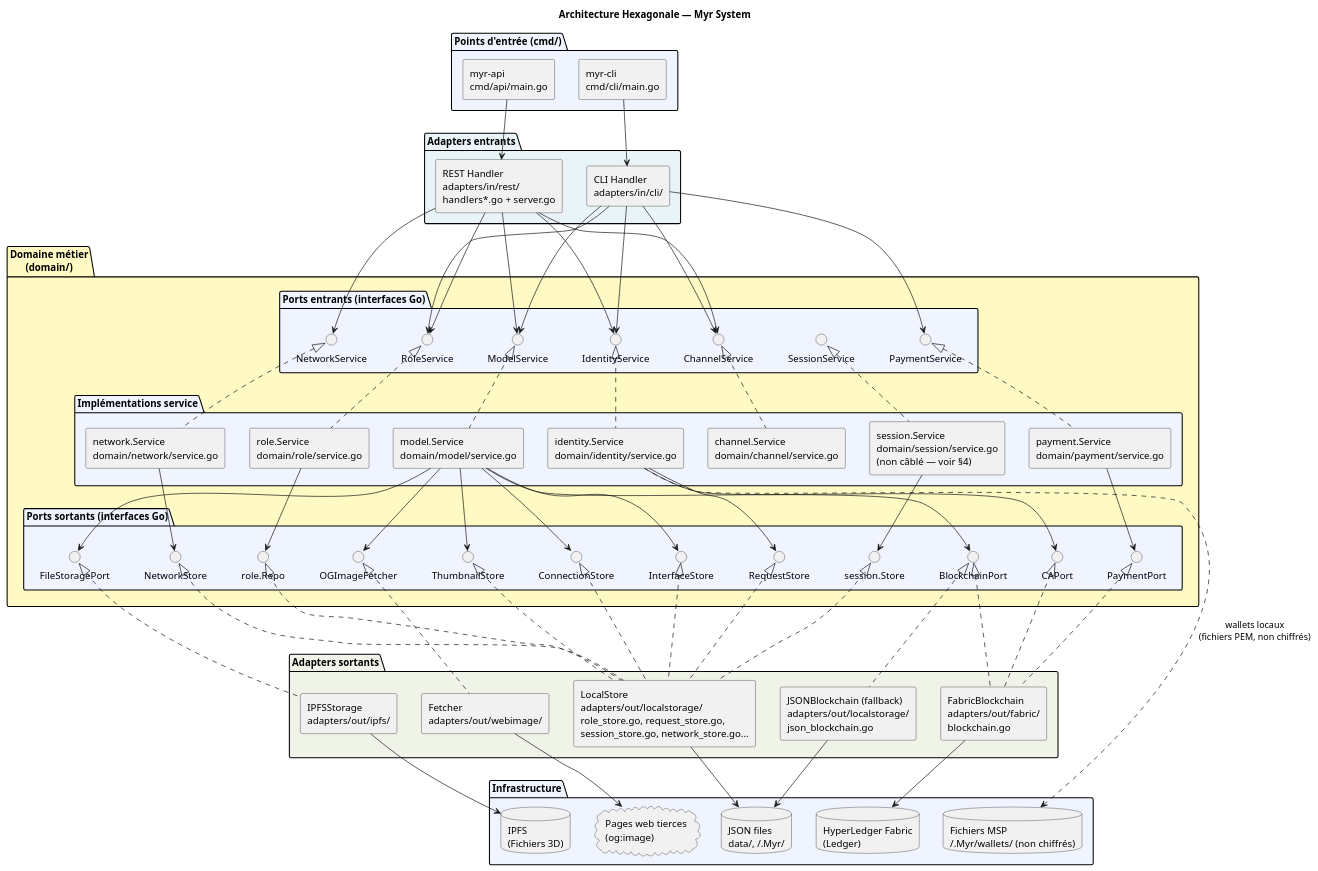
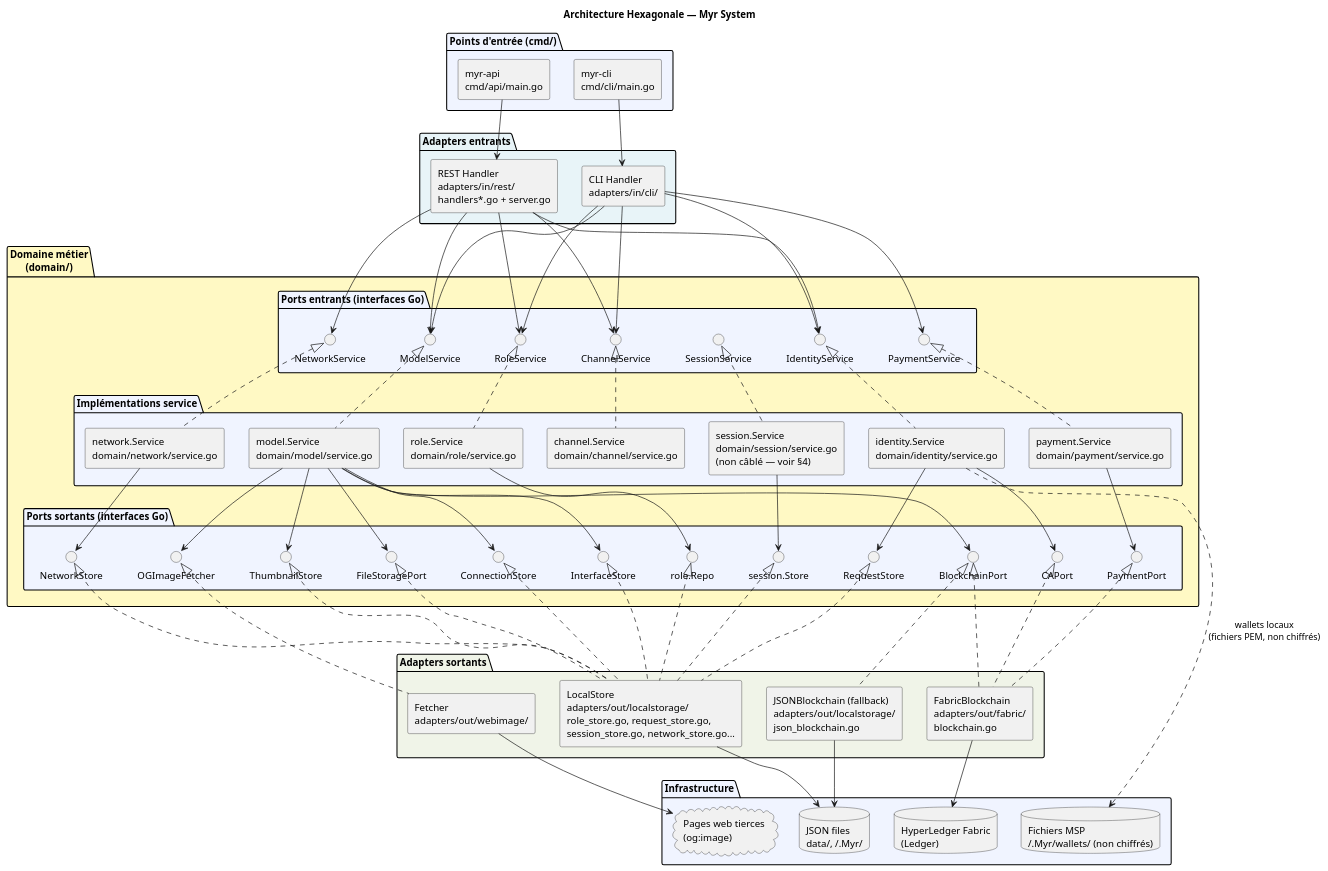
One commit to myr-forge/myr-core changed the first of 2 diagrams in specs/3-Conception/Architecture_Hexagonale.md. Above: the diagram before and after it, drawn with PlantUML. The commit also changed other lines of this file and 23 other files, not shown here.

```diff
--- a/specs/3-Conception/Architecture_Hexagonale.md
+++ b/specs/3-Conception/Architecture_Hexagonale.md
@@ -134,7 +133,6 @@
 package "Adapters sortants" #f0f4e8 {
   [FabricBlockchain\nadapters/out/fabric/\nblockchain.go] as AdFabric
   [JSONBlockchain (fallback)\nadapters/out/localstorage/\njson_blockchain.go] as AdJSON
-  [IPFSStorage\nadapters/out/ipfs/] as AdIPFS
   [LocalStore\nadapters/out/localstorage/\nrole_store.go, request_store.go,\nsession_store.go, network_store.go...] as AdLocal
   [Fetcher\nadapters/out/webimage/] as AdWebImg
 }
@@ -142,7 +140,6 @@
 ' ── Infrastructure ───────────────────────────────────
 package "Infrastructure" {
   database "HyperLedger Fabric\n(Ledger)" as HLF
-  database "IPFS\n(Fichiers 3D)" as IPFSdb
   database "JSON files\ndata/, ~/.Myr/" as JSONdb
   database "Fichiers MSP\n~/.Myr/wallets/ (non chiffrés)" as MSPFiles
   cloud "Pages web tierces\n(og:image)" as WebPages
@@ -186,7 +183,7 @@
 
 PBC <|.. AdFabric
 PBC <|.. AdJSON
-PFS <|.. AdIPFS
+PFS <|.. AdLocal
 PConn <|.. AdLocal
 PIface <|.. AdLocal
 PThumb <|.. AdLocal
@@ -199,7 +196,6 @@
 PPay <|.. AdFabric
 
 AdFabric --> HLF
-AdIPFS --> IPFSdb
 AdJSON --> JSONdb
 AdLocal --> JSONdb
 AdWebImg --> WebPages
```
